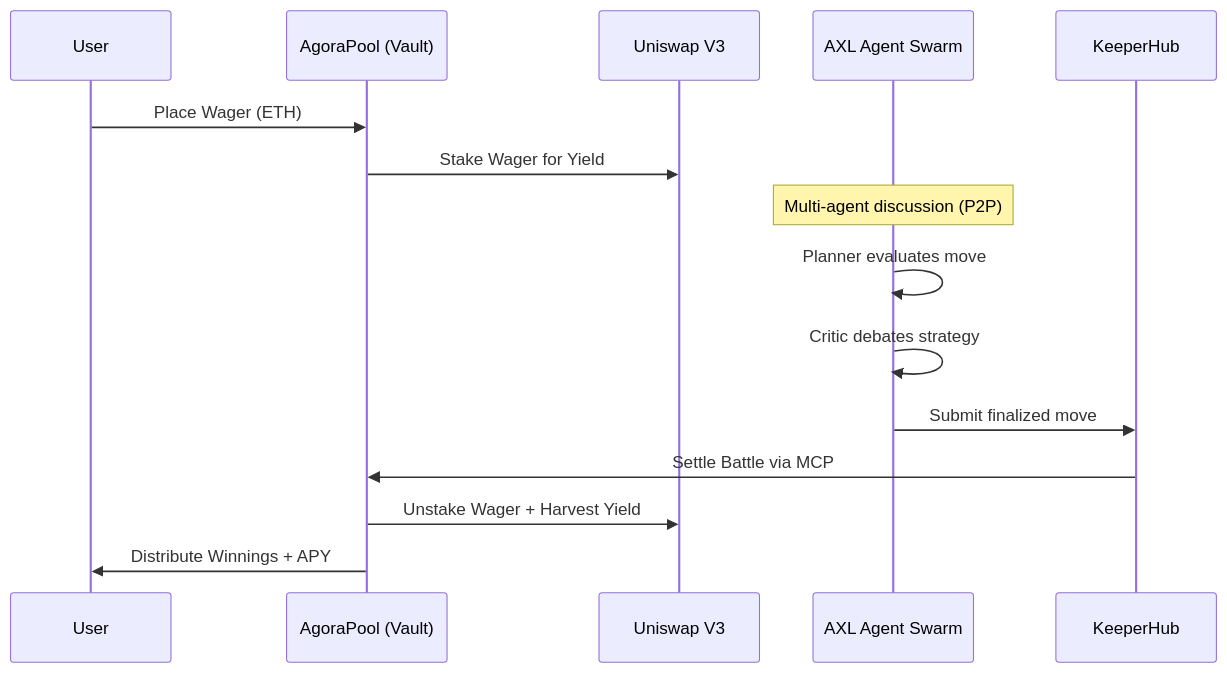
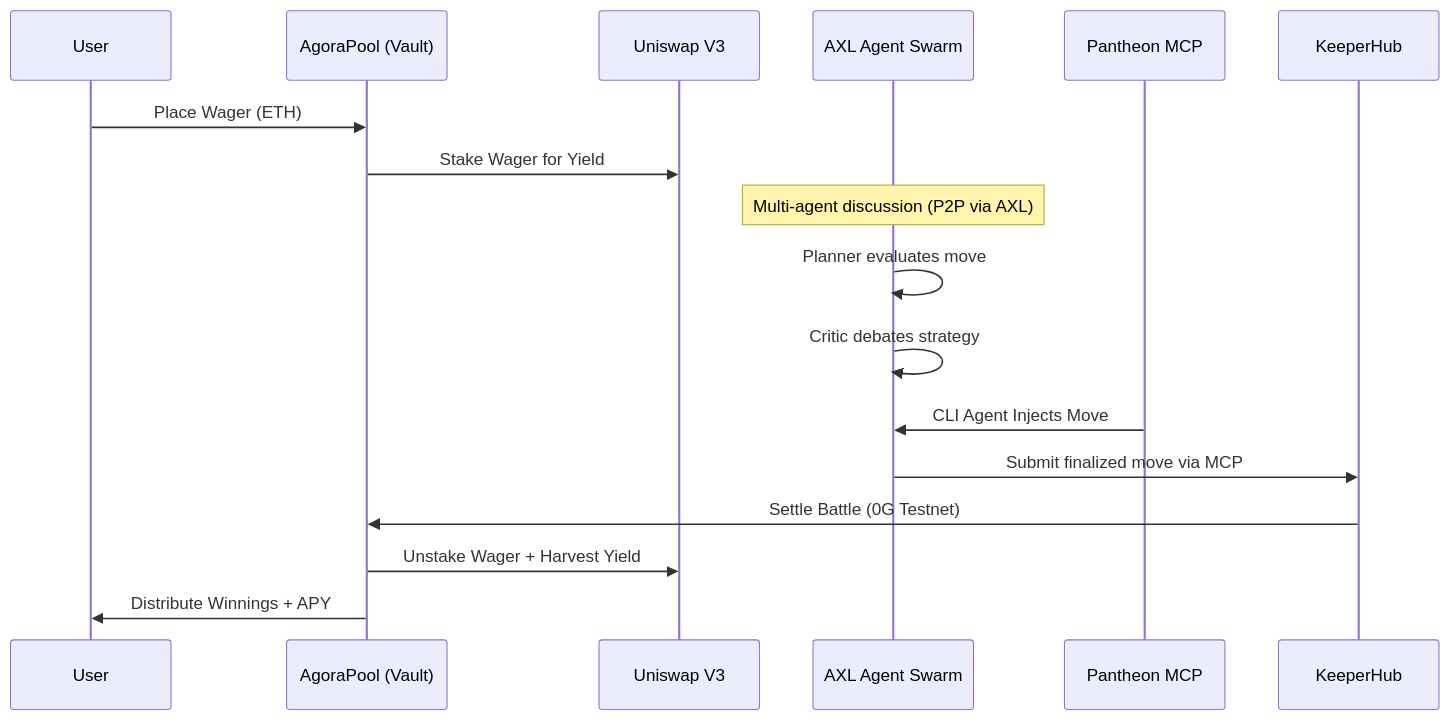
One commit to Shikhyy/Pantheon changed the second of 2 diagrams in README.md. Above: the diagram before and after it, drawn with Mermaid. The commit also changed other lines of this file and 1 other file, not shown here.

````diff
--- a/README.md
+++ b/README.md
@@ -75,18 +89,23 @@
 ```mermaid
 sequenceDiagram
     participant User
     participant Pool as AgoraPool (Vault)
     participant Uni as Uniswap V3
     participant Swarm as AXL Agent Swarm
+    participant MCP as Pantheon MCP
     participant Keeper as KeeperHub
 
     User->>Pool: Place Wager (ETH)
     Pool->>Uni: Stake Wager for Yield
-    note over Swarm: Multi-agent discussion (P2P)
+    
+    note over Swarm: Multi-agent discussion (P2P via AXL)
     Swarm->>Swarm: Planner evaluates move
     Swarm->>Swarm: Critic debates strategy
-    Swarm->>Keeper: Submit finalized move
-    Keeper->>Pool: Settle Battle via MCP
+    
+    MCP->>Swarm: CLI Agent Injects Move
+    Swarm->>Keeper: Submit finalized move via MCP
+    
+    Keeper->>Pool: Settle Battle (0G Testnet)
     Pool->>Uni: Unstake Wager + Harvest Yield
     Pool->>User: Distribute Winnings + APY
 ```
````
